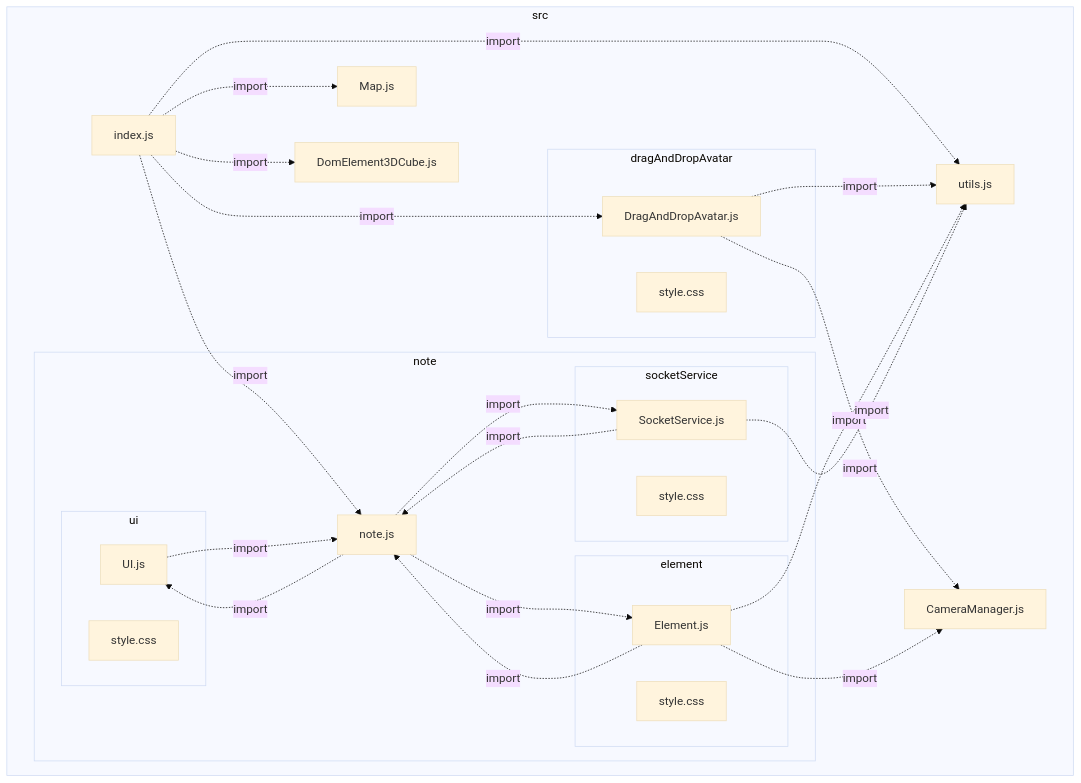
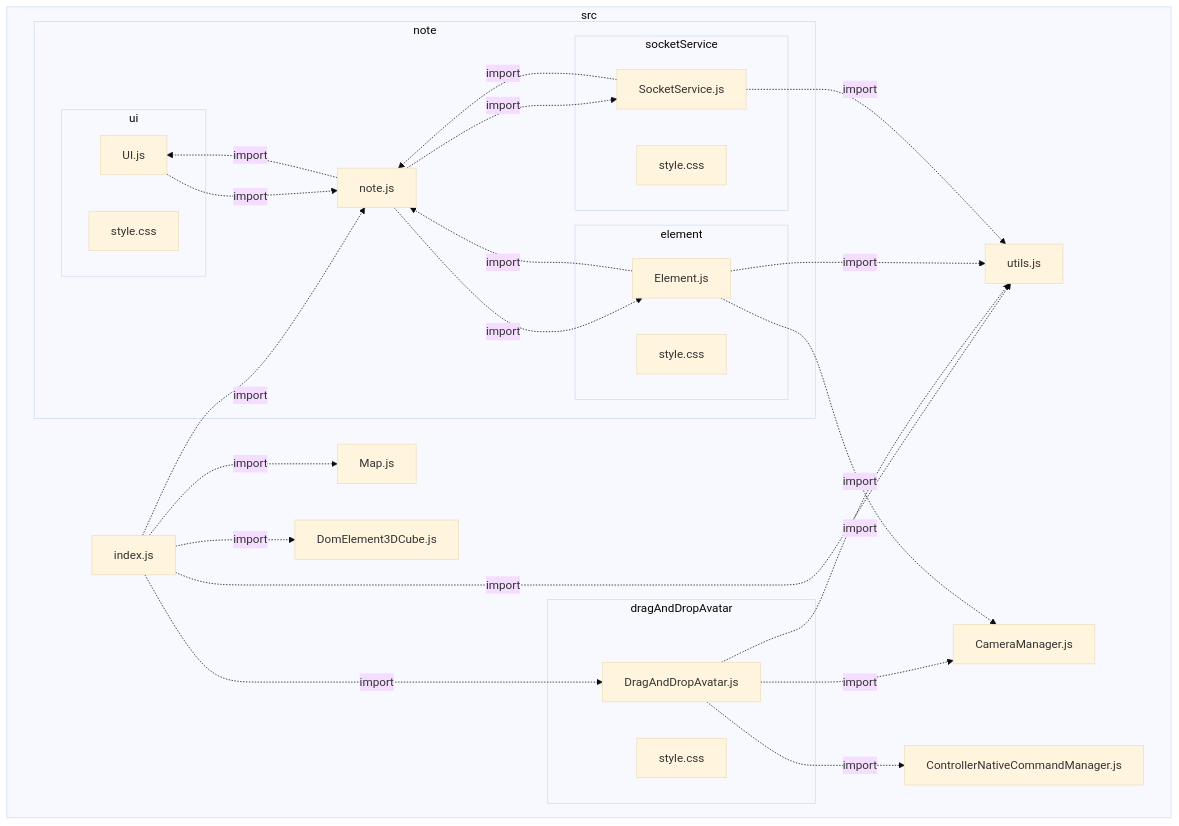
The diagram in packages/game_browser_template/architecture.md (VCityTeam/UD-Viz), drawn with Mermaid (base theme) before and after one commit. The commit also changed 585 other files, not shown here.

````diff
--- a/packages/game_browser_template/architecture.md
+++ b/packages/game_browser_template/architecture.md
@@ -1,45 +1,47 @@
 ```mermaid
 flowchart
  subgraph IDsrc["src"]
   IDsrcCameraManager2ejs["CameraManager.js"]
+  IDsrcControllerNativeCommandManager2ejs["ControllerNativeCommandManager.js"]
   IDsrcDomElement3DCube2ejs["DomElement3DCube.js"]
   IDsrcMap2ejs["Map.js"]
   IDsrcIndex2ejs["index.js"]
   IDsrcUtils2ejs["utils.js"]
   subgraph IDsrcDragAndDropAvatar["dragAndDropAvatar"]
    IDsrcDragAndDropAvatarDragAndDropAvatar2ejs["DragAndDropAvatar.js"]
    IDsrcDragAndDropAvatarStyle2ecss["style.css"]
   end
   subgraph IDsrcNote["note"]
    IDsrcNoteNote2ejs["note.js"]
    subgraph IDsrcNoteElement["element"]
     IDsrcNoteElementElement2ejs["Element.js"]
     IDsrcNoteElementStyle2ecss["style.css"]
    end
    subgraph IDsrcNoteSocketService["socketService"]
     IDsrcNoteSocketServiceSocketService2ejs["SocketService.js"]
     IDsrcNoteSocketServiceStyle2ecss["style.css"]
    end
    subgraph IDsrcNoteUi["ui"]
     IDsrcNoteUiUI2ejs["UI.js"]
     IDsrcNoteUiStyle2ecss["style.css"]
    end
   end
  end
 IDsrcIndex2ejs-.->|import|IDsrcUtils2ejs
 IDsrcIndex2ejs-.->|import|IDsrcMap2ejs
 IDsrcIndex2ejs-.->|import|IDsrcDragAndDropAvatarDragAndDropAvatar2ejs
 IDsrcIndex2ejs-.->|import|IDsrcDomElement3DCube2ejs
 IDsrcIndex2ejs-.->|import|IDsrcNoteNote2ejs
 IDsrcDragAndDropAvatarDragAndDropAvatar2ejs-.->|import|IDsrcUtils2ejs
 IDsrcDragAndDropAvatarDragAndDropAvatar2ejs-.->|import|IDsrcCameraManager2ejs
+IDsrcDragAndDropAvatarDragAndDropAvatar2ejs-.->|import|IDsrcControllerNativeCommandManager2ejs
 IDsrcNoteNote2ejs-.->|import|IDsrcNoteUiUI2ejs
 IDsrcNoteNote2ejs-.->|import|IDsrcNoteSocketServiceSocketService2ejs
 IDsrcNoteNote2ejs-.->|import|IDsrcNoteElementElement2ejs
 IDsrcNoteElementElement2ejs-.->|import|IDsrcCameraManager2ejs
 IDsrcNoteElementElement2ejs-.->|import|IDsrcUtils2ejs
 IDsrcNoteElementElement2ejs-.->|import|IDsrcNoteNote2ejs
 IDsrcNoteSocketServiceSocketService2ejs-.->|import|IDsrcNoteNote2ejs
 IDsrcNoteSocketServiceSocketService2ejs-.->|import|IDsrcUtils2ejs
 IDsrcNoteUiUI2ejs-.->|import|IDsrcNoteNote2ejs
 ```
````
